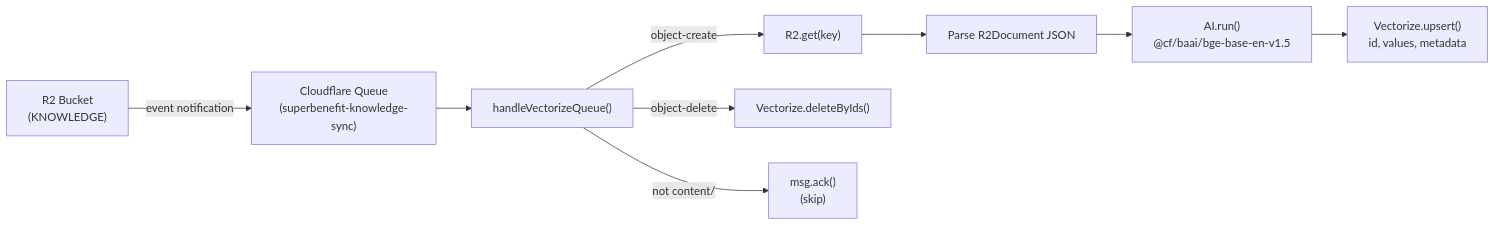
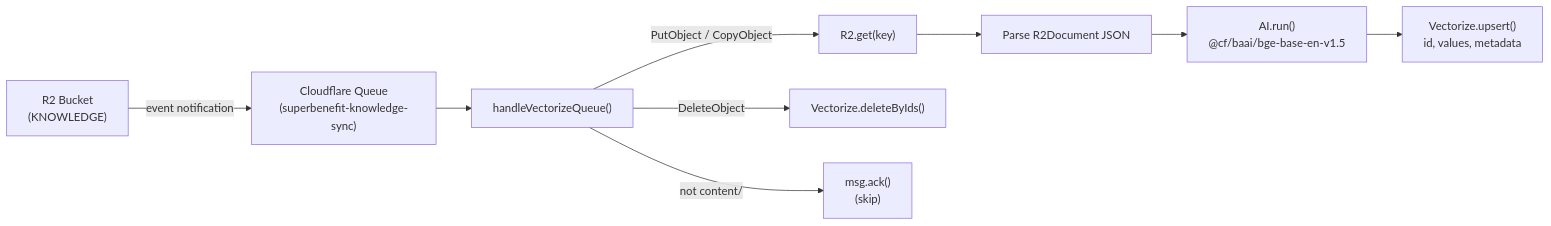
One commit to superbenefit/knowledge-server changed the diagram in src/consumers/README.md. Above: the diagram before and after it, drawn with Mermaid. The commit also changed other lines of this file and 13 other files, not shown here.

````diff
--- a/src/consumers/README.md
+++ b/src/consumers/README.md
@@ -23,14 +23,14 @@
 ```mermaid
 graph LR
     R2["R2 Bucket<br/>(KNOWLEDGE)"] -->|event notification| Queue["Cloudflare Queue<br/>(superbenefit-knowledge-sync)"]
     Queue --> Consumer["handleVectorizeQueue()"]
 
-    Consumer -->|object-create| Fetch["R2.get(key)"]
+    Consumer -->|PutObject / CopyObject| Fetch["R2.get(key)"]
     Fetch --> Parse["Parse R2Document JSON"]
     Parse --> Embed["AI.run()<br/>@cf/baai/bge-base-en-v1.5"]
     Embed --> Upsert["Vectorize.upsert()<br/>id, values, metadata"]
 
-    Consumer -->|object-delete| Delete["Vectorize.deleteByIds()"]
+    Consumer -->|DeleteObject| Delete["Vectorize.deleteByIds()"]
 
     Consumer -->|not content/| Skip["msg.ack()<br/>(skip)"]
 ```
````
